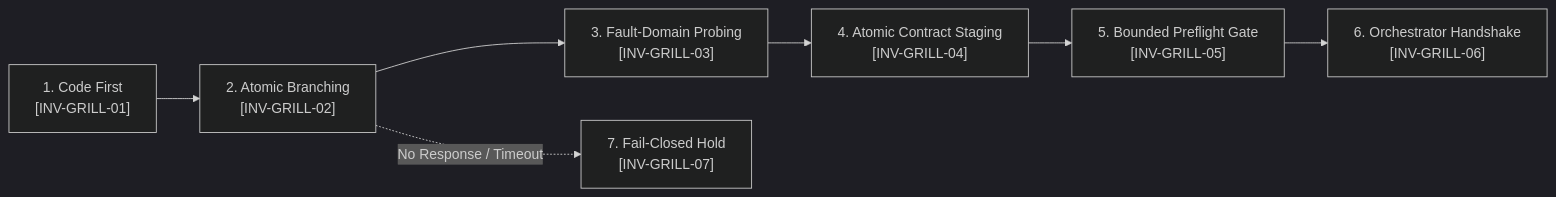
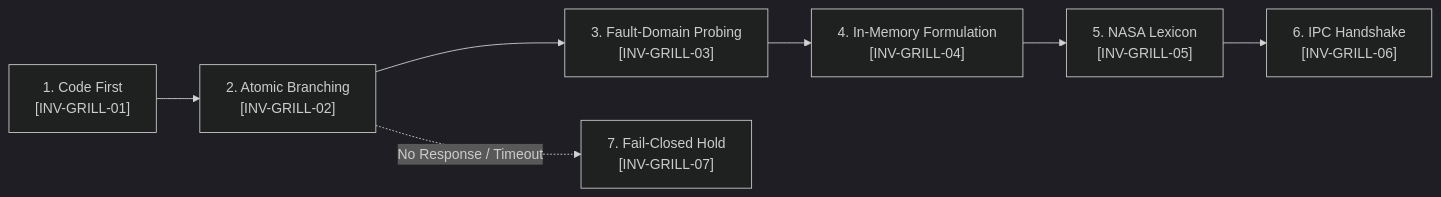
One commit to jinseobhong/antigravity-autopoiesis changed the diagram in .agents/agents/socratic-interviewer.md. Above: the diagram before and after it, drawn with Mermaid (dark theme). The commit also changed other lines of this file and 8 other files, not shown here.

````diff
--- a/.agents/agents/socratic-interviewer.md
+++ b/.agents/agents/socratic-interviewer.md
@@ -39,9 +33,16 @@
 ```mermaid
 flowchart LR
-    INV1["1. Code First<br/>[INV-GRILL-01]"] --> INV2["2. Atomic Branching<br/>[INV-GRILL-02]"]
-    INV2 --> INV3["3. Fault-Domain Probing<br/>[INV-GRILL-03]"]
-    INV3 --> INV4["4. Atomic Contract Staging<br/>[INV-GRILL-04]"]
-    INV4 --> INV5["5. Bounded Preflight Gate<br/>[INV-GRILL-05]"]
-    INV5 --> INV6["6. Orchestrator Handshake<br/>[INV-GRILL-06]"]
-    INV2 -.->|"No Response / Timeout"| INV7["7. Fail-Closed Hold<br/>[INV-GRILL-07]"]
+    INV1["1. Code First
+[INV-GRILL-01]"] --> INV2["2. Atomic Branching
+[INV-GRILL-02]"]
+    INV2 --> INV3["3. Fault-Domain Probing
+[INV-GRILL-03]"]
+    INV3 --> INV4["4. In-Memory Formulation
+[INV-GRILL-04]"]
+    INV4 --> INV5["5. NASA Lexicon
+[INV-GRILL-05]"]
+    INV5 --> INV6["6. IPC Handshake
+[INV-GRILL-06]"]
+    INV2 -.->|"No Response / Timeout"| INV7["7. Fail-Closed Hold
+[INV-GRILL-07]"]
 ```
````
